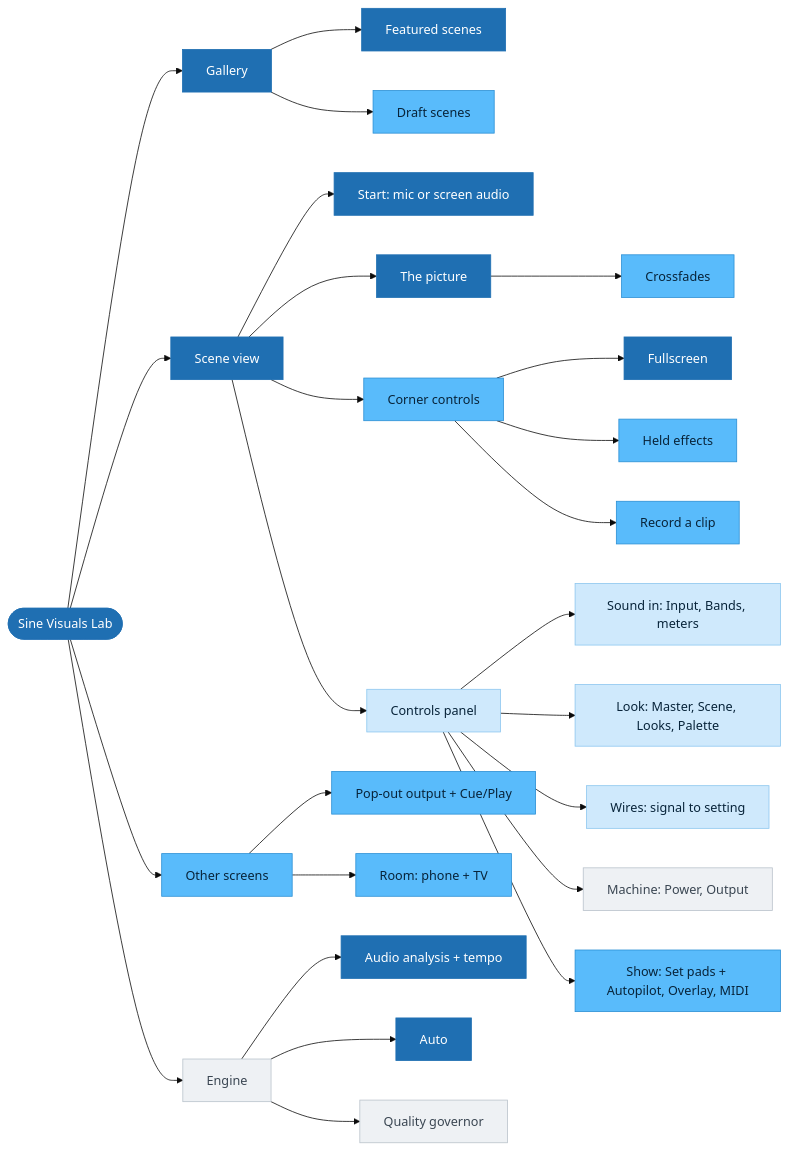
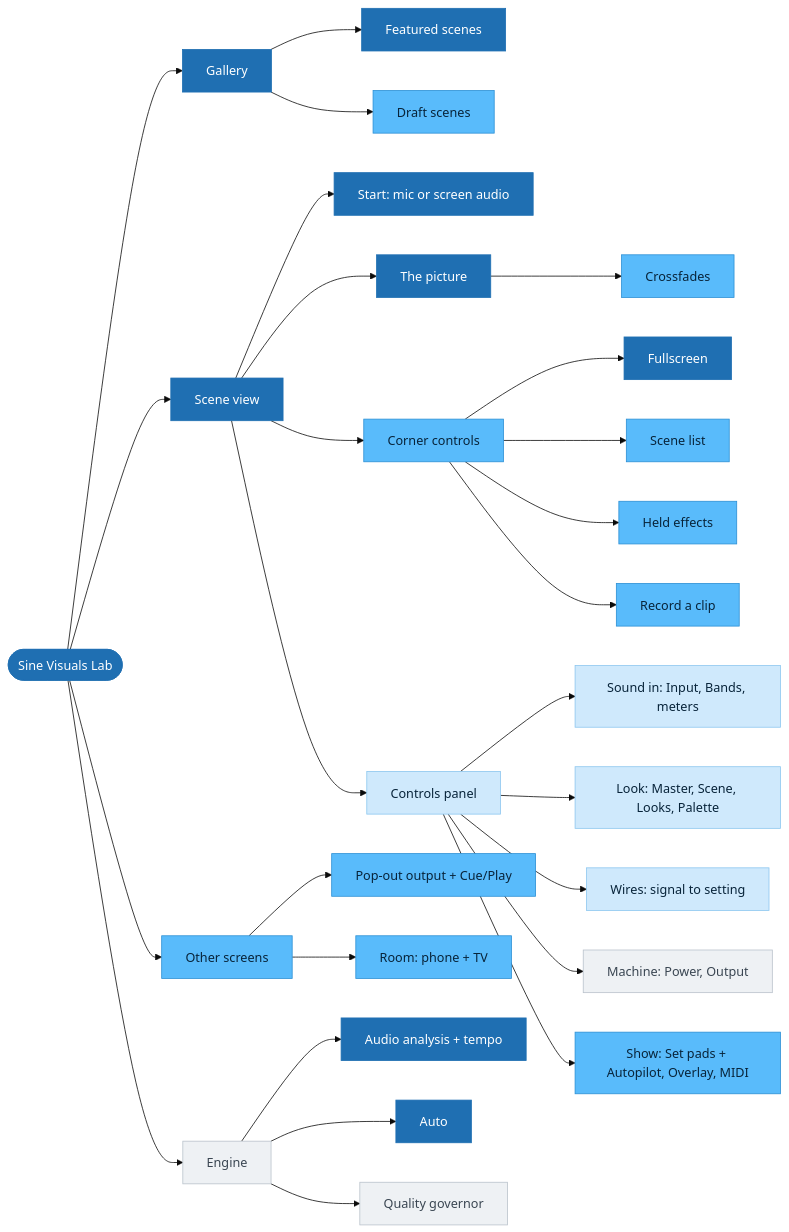
The diagram in docs/feature-map.md (maksymenkoyr/sine-visuals-lab), drawn with Mermaid (base theme) before and after one commit. The commit also changed other lines of this file and 12 other files, not shown here.

First line of the commit message:
Scene list: change scenes from the scene's name, with Cut or Fade

````diff
--- a/docs/feature-map.md
+++ b/docs/feature-map.md
@@ -34,45 +34,46 @@
 ```mermaid
 flowchart LR
   app(["Sine Visuals Lab"])
 
   app --> gallery["Gallery"]
   app --> view["Scene view"]
   app --> out["Other screens"]
   app --> engine["Engine"]
 
   gallery --> featured["Featured scenes"]
   gallery --> drafts["Draft scenes"]
 
   view --> start["Start: mic or screen audio"]
   view --> picture["The picture"]
   view --> corner["Corner controls"]
   view --> panel["Controls panel"]
 
   picture --> crossfade["Crossfades"]
   corner --> fs["Fullscreen"]
+  corner --> sceneList["Scene list"]
   corner --> fx["Held effects"]
   corner --> rec["Record a clip"]
 
   panel --> soundIn["Sound in: Input, Bands, meters"]
   panel --> look["Look: Master, Scene, Looks, Palette"]
   panel --> wires["Wires: signal to setting"]
   panel --> power["Machine: Power, Output"]
   panel --> show["Show: Set pads + Autopilot, Overlay, MIDI"]
 
   out --> popout["Pop-out output + Cue/Play"]
   out --> room["Room: phone + TV"]
 
   engine --> analysis["Audio analysis + tempo"]
   engine --> auto["Auto"]
   engine --> governor["Quality governor"]
 
   classDef core fill:#1f6fb2,stroke:#1f6fb2,color:#ffffff
   classDef key fill:#59bbfb,stroke:#2b8fd4,color:#08243a
   classDef depth fill:#cfe9fc,stroke:#8cc6ef,color:#08243a
   classDef hood fill:#eef1f4,stroke:#b9c2cb,color:#3a4652
 
   class app,gallery,view,start,picture,featured,fs,analysis,auto core
-  class drafts,out,popout,room,crossfade,fx,rec,corner,show key
+  class drafts,out,popout,room,crossfade,fx,rec,corner,show,sceneList key
   class panel,soundIn,look,wires depth
   class engine,power,governor hood
 ```
````
